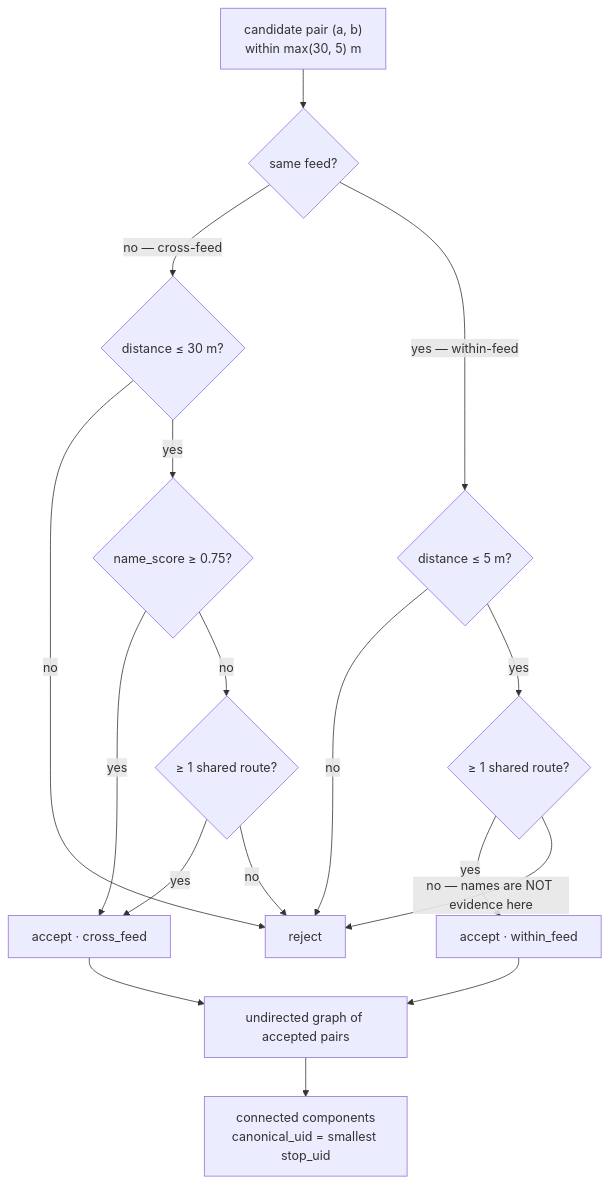
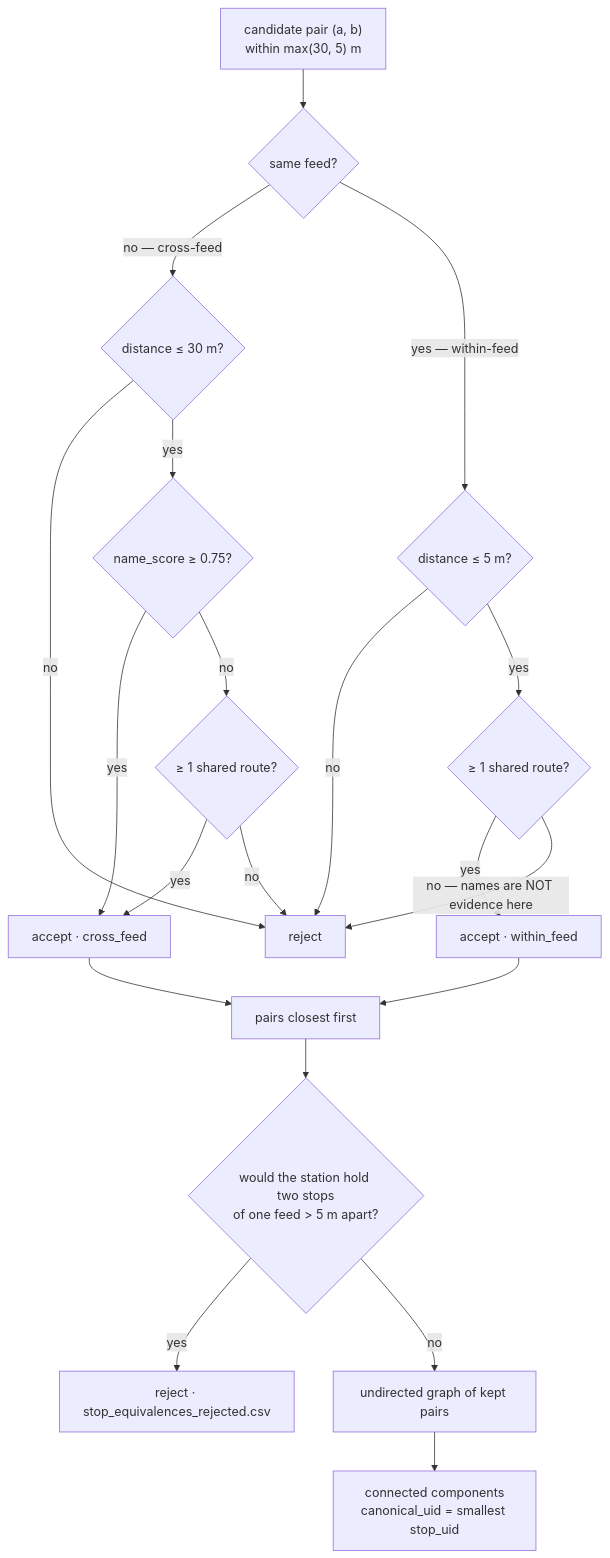
Before and after one commit to Pandap845/GeoApp: the ninth of 17 diagrams in docs/guide/pipeline-guide.md, drawn with Mermaid. The commit also changed other lines of this file and 13 other files, not shown here.

````diff
--- a/docs/guide/pipeline-guide.md
+++ b/docs/guide/pipeline-guide.md
@@ -556,18 +556,21 @@
 ```mermaid
 flowchart TD
     CAND["candidate pair (a, b)<br/>within max(30, 5) m"] --> SAME{"same feed?"}
     SAME -->|"no — cross-feed"| R30{"distance ≤ 30 m?"}
     R30 -->|no| REJ["reject"]
     R30 -->|yes| NM{"name_score ≥ 0.75?"}
     NM -->|yes| ACC1["accept · cross_feed"]
     NM -->|no| SR1{"≥ 1 shared route?"}
     SR1 -->|yes| ACC1
     SR1 -->|no| REJ
     SAME -->|"yes — within-feed"| R50{"distance ≤ 5 m?"}
     R50 -->|no| REJ
     R50 -->|yes| SR2{"≥ 1 shared route?"}
     SR2 -->|yes| ACC2["accept · within_feed"]
     SR2 -->|"no — names are NOT evidence here"| REJ
-    ACC1 & ACC2 --> GRAPH["undirected graph of accepted pairs"]
+    ACC1 & ACC2 --> ORDER["pairs closest first"]
+    ORDER --> CONF{"would the station hold two stops<br/>of one feed > 5 m apart?"}
+    CONF -->|yes| REJ2["reject · stop_equivalences_rejected.csv"]
+    CONF -->|no| GRAPH["undirected graph of kept pairs"]
     GRAPH --> CC["connected components<br/>canonical_uid = smallest stop_uid"]
 ```
````
